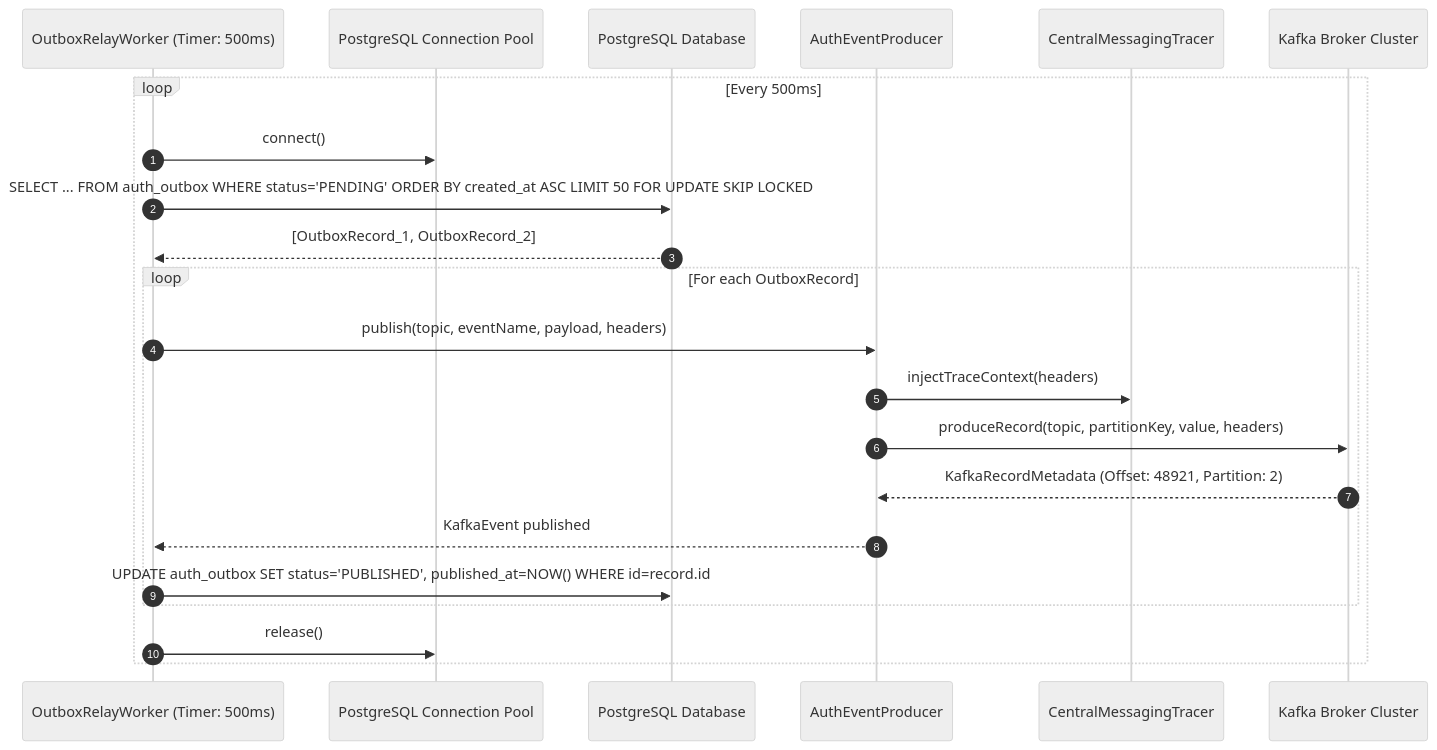
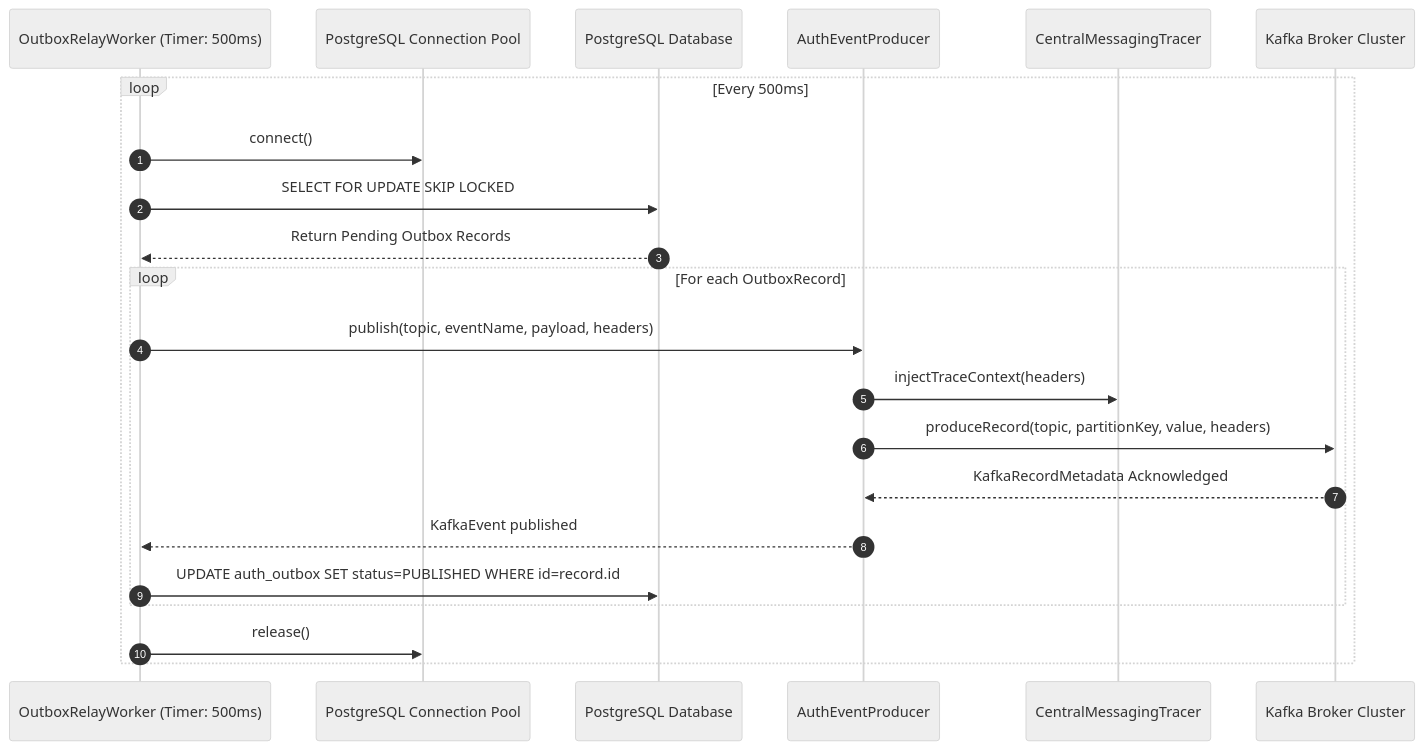
Before and after one commit to Scaibu/auth: the fourth of 7 diagrams in adr/0045-transactional-outbox-kafka-event-pipeline.md, drawn with Mermaid (neutral theme). The commit also changed other lines of this file, not shown here.

Commit message:
fix(docs): resolve mermaid sequence diagram syntax errors in ADR 0045

````diff
--- a/adr/0045-transactional-outbox-kafka-event-pipeline.md
+++ b/adr/0045-transactional-outbox-kafka-event-pipeline.md
@@ -236,25 +236,25 @@
 ```mermaid
 sequenceDiagram
     autonumber
     participant Worker as OutboxRelayWorker (Timer: 500ms)
     participant Pool as PostgreSQL Connection Pool
     participant DB as PostgreSQL Database
     participant Producer as AuthEventProducer
     participant Tracer as CentralMessagingTracer
     participant Kafka as Kafka Broker Cluster
 
     loop Every 500ms
         Worker->>Pool: connect()
-        Worker->>DB: SELECT ... FROM auth_outbox WHERE status='PENDING' ORDER BY created_at ASC LIMIT 50 FOR UPDATE SKIP LOCKED
-        DB-->>Worker: [OutboxRecord_1, OutboxRecord_2]
+        Worker->>DB: SELECT FOR UPDATE SKIP LOCKED
+        DB-->>Worker: Return Pending Outbox Records
         loop For each OutboxRecord
             Worker->>Producer: publish(topic, eventName, payload, headers)
             Producer->>Tracer: injectTraceContext(headers)
             Producer->>Kafka: produceRecord(topic, partitionKey, value, headers)
-            Kafka-->>Producer: KafkaRecordMetadata (Offset: 48921, Partition: 2)
+            Kafka-->>Producer: KafkaRecordMetadata Acknowledged
             Producer-->>Worker: KafkaEvent published
-            Worker->>DB: UPDATE auth_outbox SET status='PUBLISHED', published_at=NOW() WHERE id=record.id
+            Worker->>DB: UPDATE auth_outbox SET status=PUBLISHED WHERE id=record.id
         end
         Worker->>Pool: release()
     end
 ```
````
